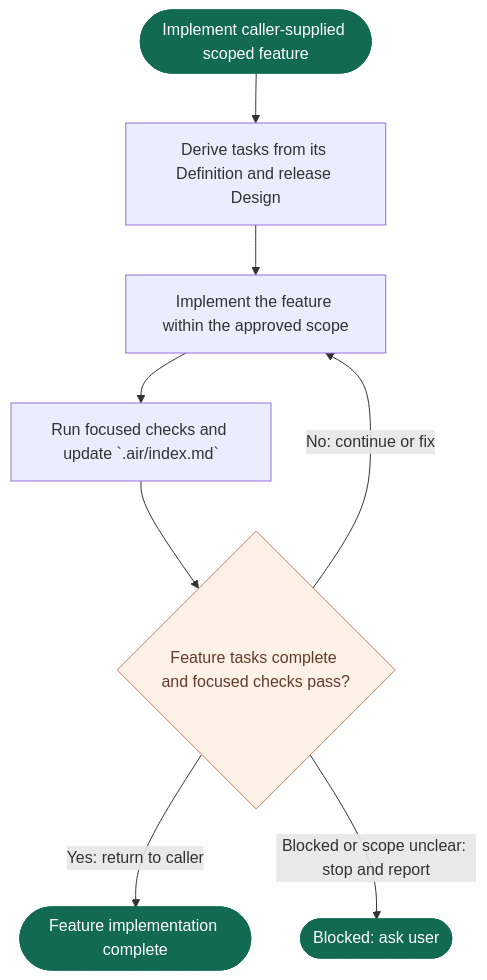
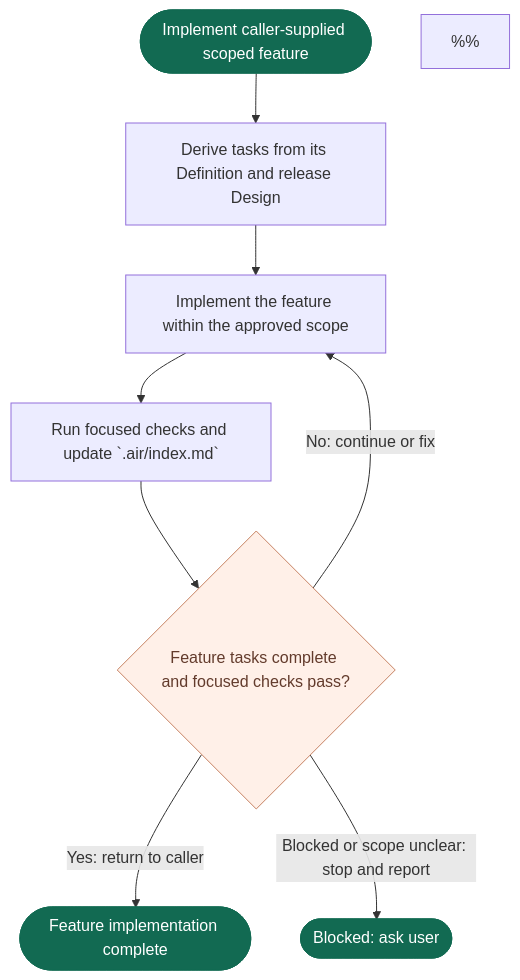
Before and after one commit to vanlangenlabs/vanlangenlabs-site: the diagram in docs/airflow/flows/implementation.mmd, drawn with Mermaid. The commit also changed 14 other files, not shown here.

Commit message:
refactor(airflow): keep phase rules in Mermaid sources

```diff
--- a/docs/airflow/flows/implementation.mmd
+++ b/docs/airflow/flows/implementation.mmd
@@ -1,24 +1,31 @@
 flowchart TD
     start([Implement caller-supplied scoped feature]) --> plan[Derive tasks from its Definition and release Design]
 %% @airflow-context plan
 %% Caller supplies feature ID, new-work/rework mode and any findings. Keep that
 %% target throughout this call; do not select a different feature. Use its approved Definition and the currently approved
 %% release Design. Record the active feature/node and next action in `.air/index.md`;
 %% create external tasks only when a tracker is configured and authorized.
+%%
+%% Feature transitions owned by this phase:
+%% - `selected` -> `implementing`: Current Definition, scope and Design approvals permit implementation.
+%% - `implementing` -> `verifying`: Tasks and focused checks pass against current inputs.
+%% - `verifying` / `verified` -> `implementing`: Evidence identifies required code repair; current approvals still permit implementation. Invalidate affected checks.
+%%
+%% Release transition `design-approved -> implementing`: Current scope/design digests still match their approvals and tool permissions allow the work. Owner: AI, based on evidence.
 %% @end-airflow-context
     plan --> implement[Implement the feature within the approved scope]
 %% @airflow-context implement
 %% Work autonomously on routine implementation decisions within approved scope.
 %% Do not pause for routine coding choices. Pause for unclear/conflicting
 %% requirements, blockers, scope changes or unauthorized side effects.
 %% @end-airflow-context
     implement --> checks[Run focused checks and update `.air/index.md`]
     checks --> complete{Feature tasks complete and focused checks pass?}
     complete -- No: continue or fix --> implement
     complete -- Yes: return to caller --> implementationComplete([Feature implementation complete])
     complete -- Blocked or scope unclear: stop and report --> blocked([Blocked: ask user])
 
     classDef boundary fill:#126a52,color:#ffffff,stroke:#126a52
     class start,implementationComplete,blocked boundary
     classDef approval fill:#fff0e8,color:#633b2c,stroke:#c68162
     class complete approval
```
